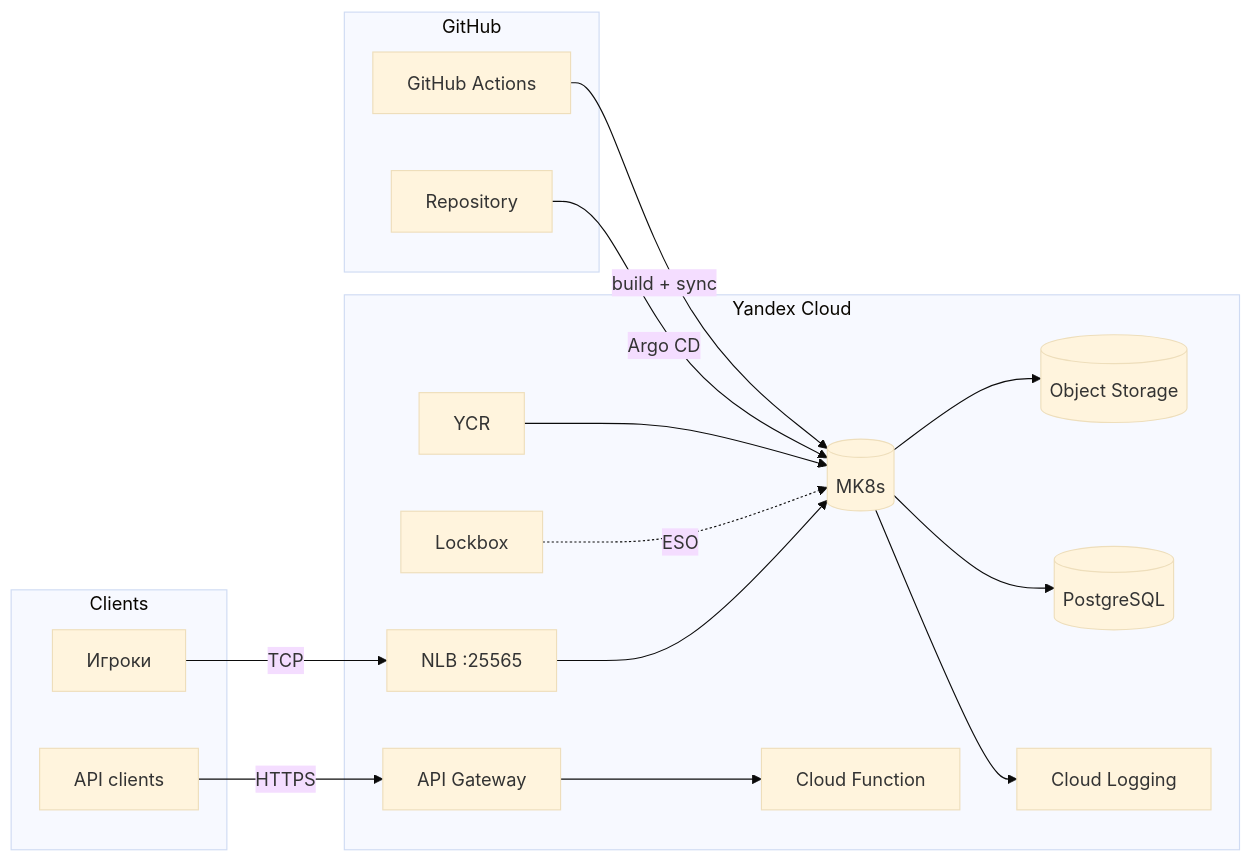
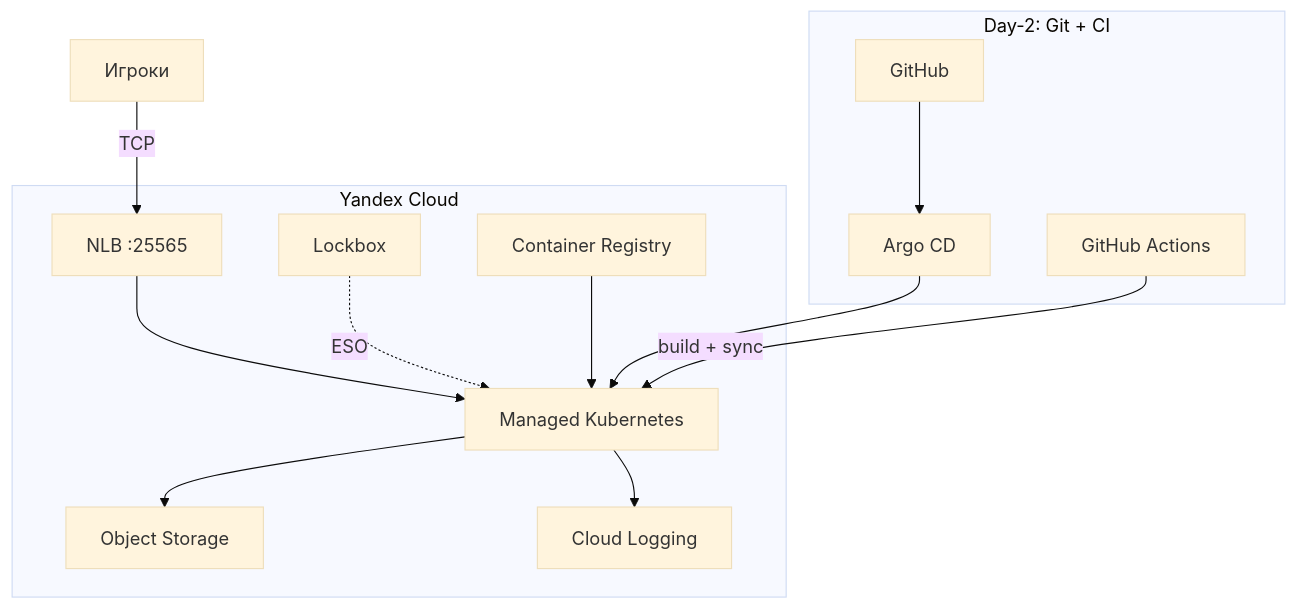
One commit to L3xu5/minecraft-yc-devops changed the first of 2 diagrams in README.md. Above: the diagram before and after it, drawn with Mermaid (base theme). The commit also changed other lines of this file and 26 other files, not shown here.

First line of the commit message:
Align stack with production: NAT gateway, preemptible nodes, GitOps fixes.

````diff
--- a/README.md
+++ b/README.md
@@ -110,34 +85,25 @@
 ```mermaid
-flowchart LR
-  subgraph Clients
-    P[Игроки]
-    A[API clients]
+flowchart TB
+  subgraph day2["Day-2: Git + CI"]
+    GH[GitHub]
+    GHA[GitHub Actions]
+    ARGO[Argo CD]
   end
 
-  subgraph GitHub
-    R[Repository]
-    CI[GitHub Actions]
+  subgraph yc["Yandex Cloud"]
+    NLB[NLB :25565]
+    K8s[Managed Kubernetes]
+    S3[Object Storage]
+    LB[Lockbox]
+    YCR[Container Registry]
+    LOG[Cloud Logging]
   end
 
-  subgraph YC["Yandex Cloud"]
-    NLB[NLB :25565]
-    K8s[(MK8s)]
-    S3[(Object Storage)]
-    PG[(PostgreSQL)]
-    LB[Lockbox]
-    YCR[YCR]
-    LOG[Cloud Logging]
-    CF[Cloud Function]
-    GW[API Gateway]
-  end
-
-  P -->|TCP| NLB --> K8s
-  A -->|HTTPS| GW --> CF
+  P[Игроки] -->|TCP| NLB --> K8s
   K8s --> S3
-  K8s --> PG
   K8s --> LOG
   LB -.->|ESO| K8s
   YCR --> K8s
-  R -->|Argo CD| K8s
-  CI -->|build + sync| K8s
+  GH --> ARGO --> K8s
+  GHA -->|build + sync| K8s
 ```
````
